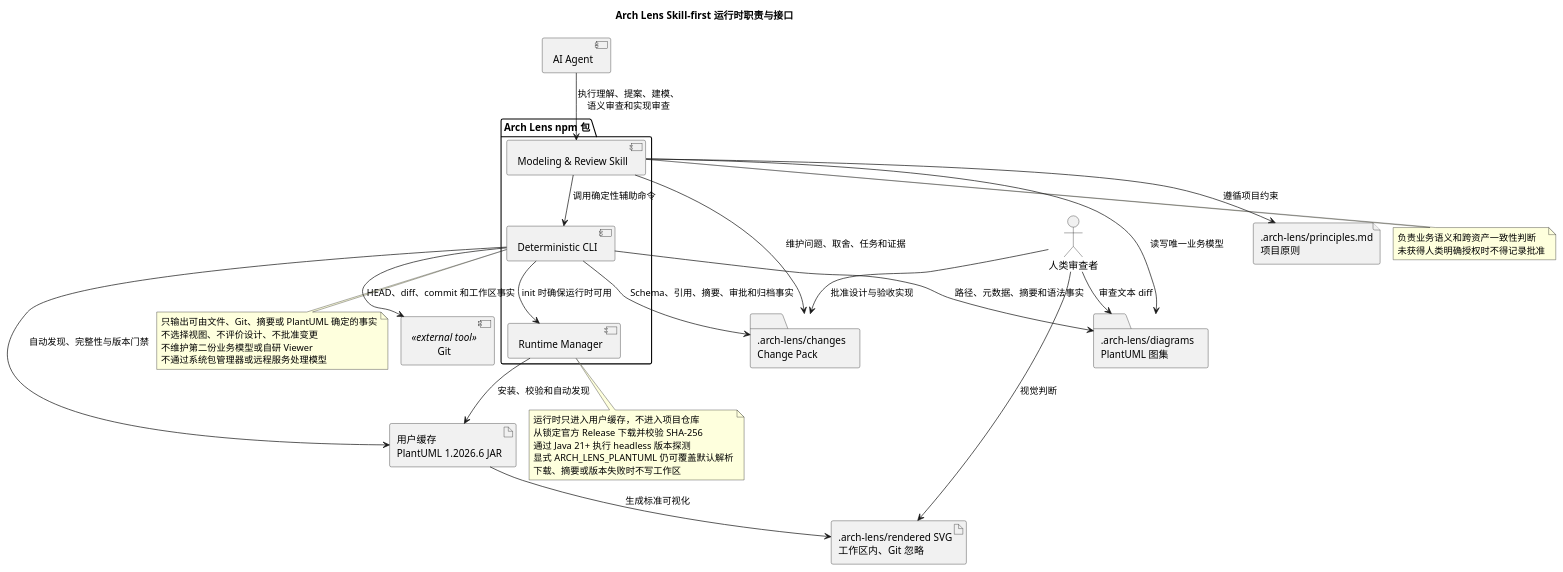
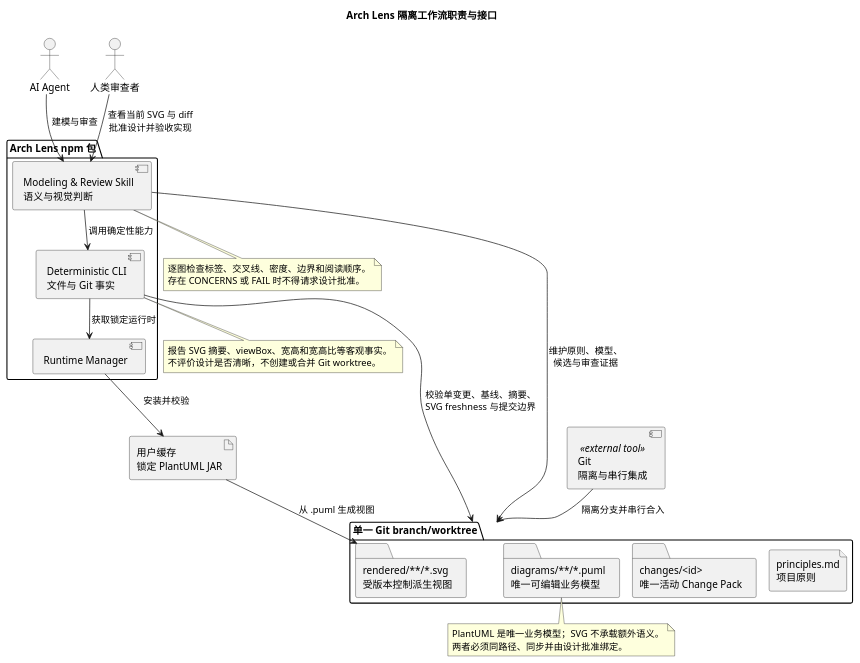
Before and after one commit to spec-alchemy/arch-lens: the diagram in .arch-lens/diagrams/runtime-responsibilities.component.puml, drawn with PlantUML. The commit also changed 8 other files, not shown here.

```diff
--- a/.arch-lens/diagrams/runtime-responsibilities.component.puml
+++ b/.arch-lens/diagrams/runtime-responsibilities.component.puml
@@ -1,59 +1,52 @@
 @startuml
 ' arch-lens: type=component
-' arch-lens: question=Skill、CLI、受管 PlantUML 运行时、Git 与持久资产如何分工并防止语义判断下沉？
-title Arch Lens Skill-first 运行时职责与接口
+' arch-lens: question=Skill、CLI、Git worktree、锁定 PlantUML 运行时与受版本控制模型资产如何分工并保持源和派生视图一致？
+title Arch Lens 隔离工作流职责与接口
 !pragma layout smetana
 top to bottom direction
 
+actor "AI Agent" as Agent
 actor "人类审查者" as Reviewer
-component "AI Agent" as Agent
 
-package "Arch Lens npm 包" {
-  component "Deterministic CLI" as CLI
+package "Arch Lens npm 包" as Product {
+  component "Modeling & Review Skill\n语义与视觉判断" as Skill
+  component "Deterministic CLI\n文件与 Git 事实" as CLI
   component "Runtime Manager" as RuntimeManager
-  component "Modeling & Review Skill" as Skill
 }
 
-artifact "用户缓存\nPlantUML 1.2026.6 JAR" as ManagedPlantUML
-component "Git" as Git <<external tool>>
-file ".arch-lens/principles.md\n项目原则" as Principles
-folder ".arch-lens/diagrams\nPlantUML 图集" as Diagrams
-folder ".arch-lens/changes\nChange Pack" as Changes
-artifact ".arch-lens/rendered SVG\n工作区内、Git 忽略" as SVG
+package "单一 Git branch/worktree" as Worktree {
+  file "principles.md\n项目原则" as Principles
+  folder "changes/<id>\n唯一活动 Change Pack" as Change
+  folder "diagrams/**/*.puml\n唯一可编辑业务模型" as Diagrams
+  folder "rendered/**/*.svg\n受版本控制派生视图" as SVG
+}
 
-Agent --> Skill : 执行理解、提案、建模、\n语义审查和实现审查
-Skill --> CLI : 调用确定性辅助命令
-CLI --> RuntimeManager : init 时确保运行时可用
-RuntimeManager --> ManagedPlantUML : 安装、校验和自动发现
-Skill --> Principles : 遵循项目约束
-Skill --> Diagrams : 读写唯一业务模型
-Skill --> Changes : 维护问题、取舍、任务和证据
-CLI --> Diagrams : 路径、元数据、摘要和语法事实
-CLI --> Changes : Schema、引用、摘要、审批和归档事实
-CLI --> Git : HEAD、diff、commit 和工作区事实
-CLI --> ManagedPlantUML : 自动发现、完整性与版本门禁
-ManagedPlantUML --> SVG : 生成标准可视化
-Reviewer --> SVG : 视觉判断
-Reviewer --> Diagrams : 审查文本 diff
-Reviewer --> Changes : 批准设计与验收实现
+component "Git\n隔离与串行集成" as Git <<external tool>>
+artifact "用户缓存\n锁定 PlantUML JAR" as ManagedPlantUML
+
+Agent --> Skill : 建模与审查
+Reviewer --> Skill : 查看当前 SVG 与 diff\n批准设计并验收实现
+Skill --> CLI : 调用确定性能力
+CLI --> RuntimeManager : 获取锁定运行时
+RuntimeManager --> ManagedPlantUML : 安装并校验
+
+Skill --> Worktree : 维护原则、模型、\n候选与审查证据
+CLI --> Worktree : 校验单变更、基线、摘要、\nSVG freshness 与提交边界
+ManagedPlantUML --> SVG : 从 .puml 生成视图
+Git --> Worktree : 隔离分支并串行合入
+
+note bottom of Skill
+  逐图检查标签、交叉线、密度、边界和阅读顺序。
+  存在 CONCERNS 或 FAIL 时不得请求设计批准。
+end note
 
 note bottom of CLI
-  只输出可由文件、Git、摘要或 PlantUML 确定的事实
-  不选择视图、不评价设计、不批准变更
-  不维护第二份业务模型或自研 Viewer
-  不通过系统包管理器或远程服务处理模型
+  报告 SVG 摘要、viewBox、宽高和宽高比等客观事实。
+  不评价设计是否清晰，不创建或合并 Git worktree。
 end note
 
-note bottom of RuntimeManager
-  运行时只进入用户缓存，不进入项目仓库
-  从锁定官方 Release 下载并校验 SHA-256
-  通过 Java 21+ 执行 headless 版本探测
-  显式 ARCH_LENS_PLANTUML 仍可覆盖默认解析
-  下载、摘要或版本失败时不写工作区
-end note
-
-note bottom of Skill
-  负责业务语义和跨资产一致性判断
-  未获得人类明确授权时不得记录批准
+note bottom of Diagrams
+  PlantUML 是唯一业务模型；SVG 不承载额外语义。
+  两者必须同路径、同步并由设计批准绑定。
 end note
 @enduml
```
